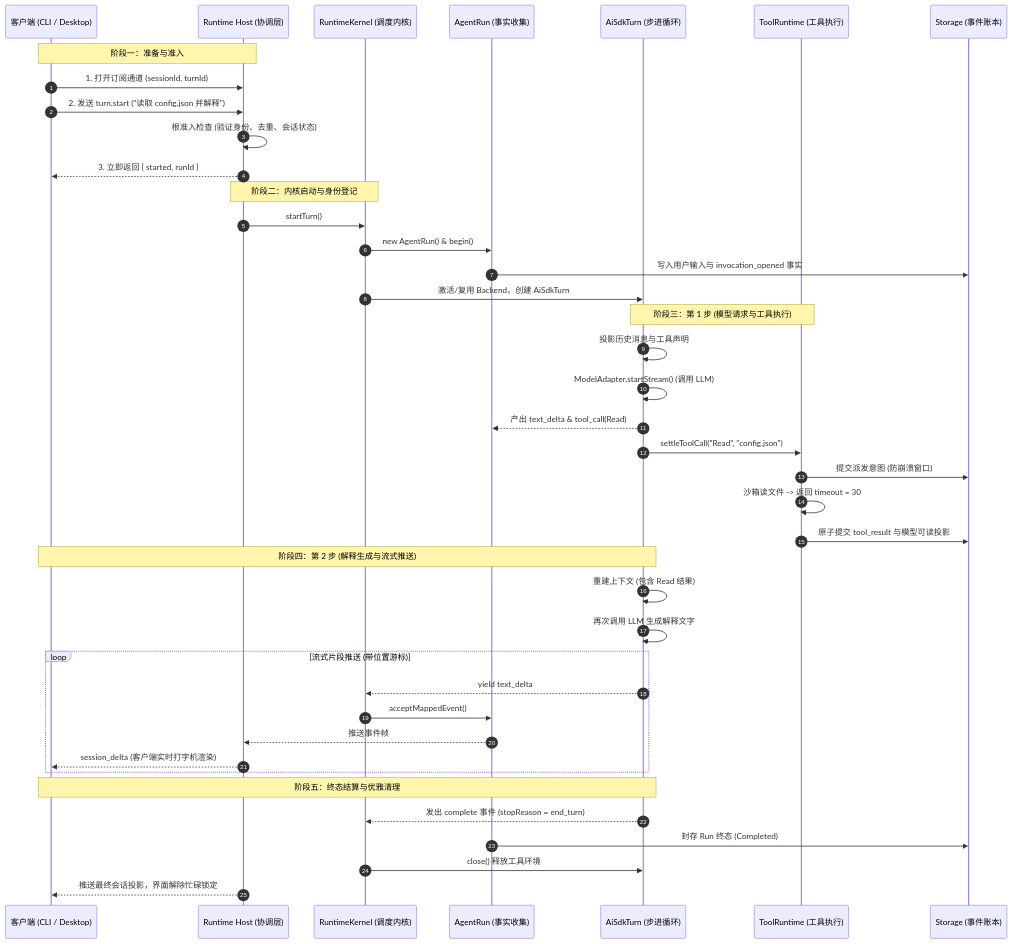
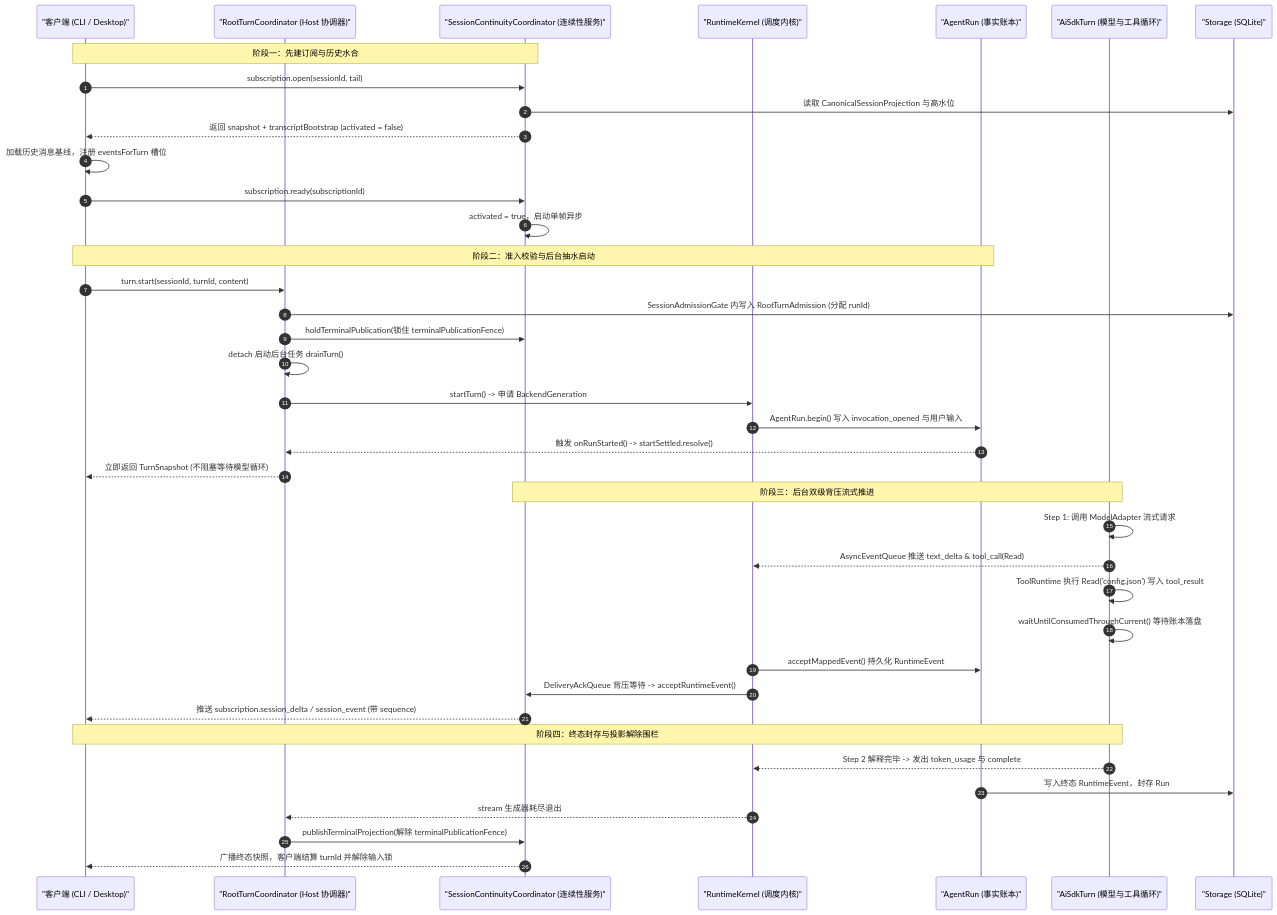
The first of 2 diagrams in maka-agent-infra/01-runtime/request-to-response.md (suger-m/agent-infrastructure-docs), drawn with Mermaid before and after one commit. The commit also changed other lines of this file and 31 other files, not shown here.

````diff
--- a/maka-agent-infra/01-runtime/request-to-response.md
+++ b/maka-agent-infra/01-runtime/request-to-response.md
@@ -28,48 +29,45 @@
 ```mermaid
 sequenceDiagram
     autonumber
-    participant Client as 客户端 (CLI / Desktop)
-    participant Host as Runtime Host (协调层)
-    participant Kernel as RuntimeKernel (调度内核)
-    participant Run as AgentRun (事实收集)
-    participant Turn as AiSdkTurn (步进循环)
-    participant Tools as ToolRuntime (工具执行)
-    participant Store as Storage (事件账本)
+    participant Client as "客户端 (CLI / Desktop)"
+    participant Coord as "RootTurnCoordinator (Host 协调器)"
+    participant Cont as "SessionContinuityCoordinator (连续性服务)"
+    participant Kernel as "RuntimeKernel (调度内核)"
+    participant Run as "AgentRun (事实账本)"
+    participant Turn as "AiSdkTurn (模型与工具循环)"
+    participant Store as "Storage (SQLite)"
 
-    Note over Client,Host: 阶段一：准备与准入
-    Client->>Host: 1. 打开订阅通道 (sessionId, turnId)
-    Client->>Host: 2. 发送 turn.start ("读取 config.json 并解释")
-    Host->>Host: 根准入检查 (验证身份、去重、会话状态)
-    Host-->>Client: 3. 立即返回 { started, runId }
+    Note over Client,Cont: 阶段一：先建订阅与历史水合
+    Client->>Cont: subscription.open(sessionId, tail)
+    Cont->>Store: 读取 CanonicalSessionProjection 与高水位
+    Cont-->>Client: 返回 snapshot + transcriptBootstrap (activated = false)
+    Client->>Client: 加载历史消息基线，注册 eventsForTurn 槽位
+    Client->>Cont: subscription.ready(subscriptionId)
+    Cont->>Cont: activated = true，启动单帧异步 #pump
 
-    Note over Host,Kernel: 阶段二：内核启动与身份登记
-    Host->>Kernel: startTurn()
-    Kernel->>Run: new AgentRun() & begin()
-    Run->>Store: 写入用户输入与 invocation_opened 事实
-    Kernel->>Turn: 激活/复用 Backend，创建 AiSdkTurn
+    Note over Client,Run: 阶段二：准入校验与后台抽水启动
+    Client->>Coord: turn.start(sessionId, turnId, content)
+    Coord->>Store: SessionAdmissionGate 内写入 RootTurnAdmission (分配 runId)
+    Coord->>Cont: holdTerminalPublication(锁住 terminalPublicationFence)
+    Coord->>Coord: detach 启动后台任务 drainTurn()
+    Coord->>Kernel: startTurn() -> 申请 BackendGeneration
+    Kernel->>Run: AgentRun.begin() 写入 invocation_opened 与用户输入
+    Run-->>Coord: 触发 onRunStarted() -> startSettled.resolve()
+    Coord-->>Client: 立即返回 TurnSnapshot (不阻塞等待模型循环)
 
-    Note over Turn,Tools: 阶段三：第 1 步 (模型请求与工具执行)
-    Turn->>Turn: 投影历史消息与工具声明
-    Turn->>Turn: ModelAdapter.startStream() (调用 LLM)
-    Turn-->>Run: 产出 text_delta & tool_call(Read)
-    Turn->>Tools: settleToolCall("Read", "config.json")
-    Tools->>Store: 提交派发意图 (防崩溃窗口)
-    Tools->>Tools: 沙箱读文件 -> 返回 timeout = 30
-    Tools->>Store: 原子提交 tool_result 与模型可读投影
+    Note over Turn,Cont: 阶段三：后台双级背压流式推进
+    Turn->>Turn: Step 1: 调用 ModelAdapter 流式请求
+    Turn-->>Kernel: AsyncEventQueue 推送 text_delta & tool_call(Read)
+    Turn->>Turn: ToolRuntime 执行 Read('config.json') 写入 tool_result
+    Turn->>Turn: waitUntilConsumedThroughCurrent() 等待账本落盘
+    Kernel->>Run: acceptMappedEvent() 持久化 RuntimeEvent
+    Kernel->>Cont: DeliveryAckQueue 背压等待 -> acceptRuntimeEvent()
+    Cont-->>Client: 推送 subscription.session_delta / session_event (带 sequence)
 
-    Note over Turn,Client: 阶段四：第 2 步 (解释生成与流式推送)
-    Turn->>Turn: 重建上下文 (包含 Read 结果)
-    Turn->>Turn: 再次调用 LLM 生成解释文字
-    loop 流式片段推送 (带位置游标)
-        Turn-->>Kernel: yield text_delta
-        Kernel->>Run: acceptMappedEvent()
-        Run-->>Host: 推送事件帧
-        Host-->>Client: session_delta (客户端实时打字机渲染)
-    end
-
-    Note over Turn,Client: 阶段五：终态结算与优雅清理
-    Turn-->>Kernel: 发出 complete 事件 (stopReason = end_turn)
-    Run->>Store: 封存 Run 终态 (Completed)
-    Kernel->>Turn: close() 释放工具环境
-    Host-->>Client: 推送最终会话投影，界面解除忙碌锁定
+    Note over Turn,Client: 阶段四：终态封存与投影解除围栏
+    Turn-->>Kernel: Step 2 解释完毕 -> 发出 token_usage 与 complete
+    Run->>Store: 写入终态 RuntimeEvent，封存 Run
+    Kernel-->>Coord: stream 生成器耗尽退出
+    Coord->>Cont: publishTerminalProjection(解除 terminalPublicationFence)
+    Cont-->>Client: 广播终态快照，客户端结算 turnId 并解除输入锁
 ```
````
